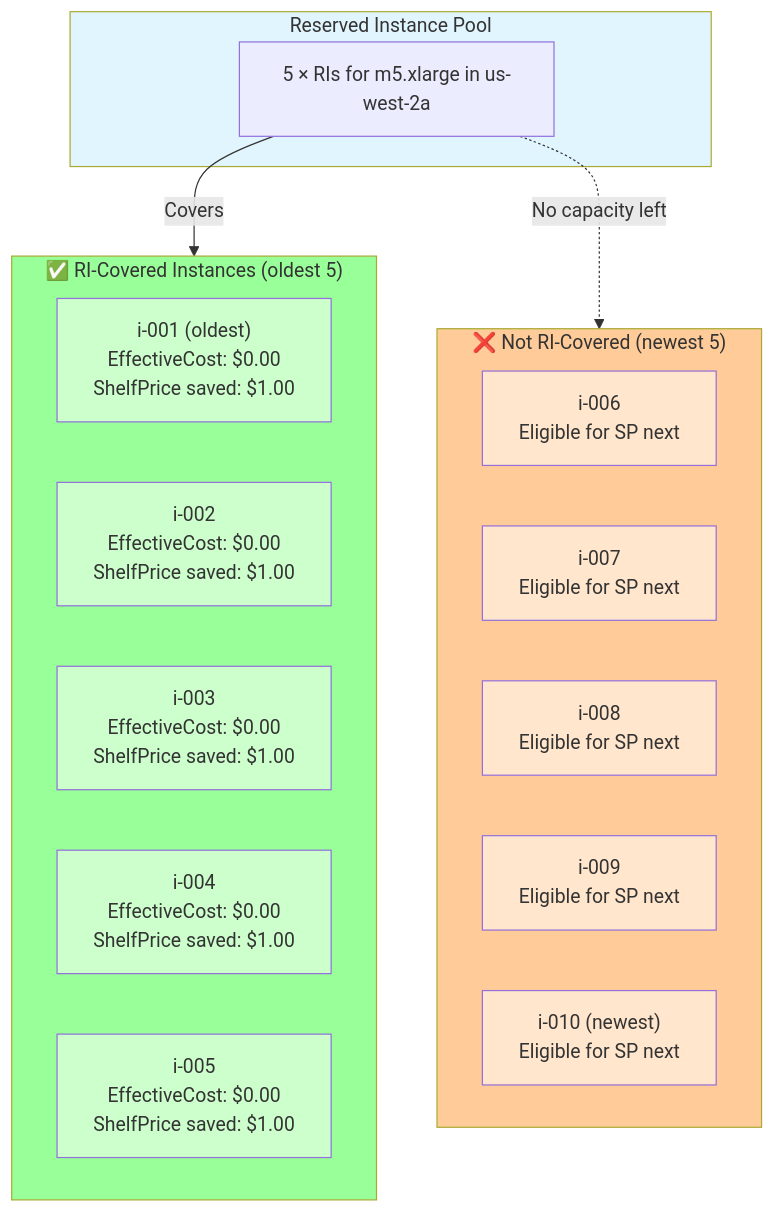
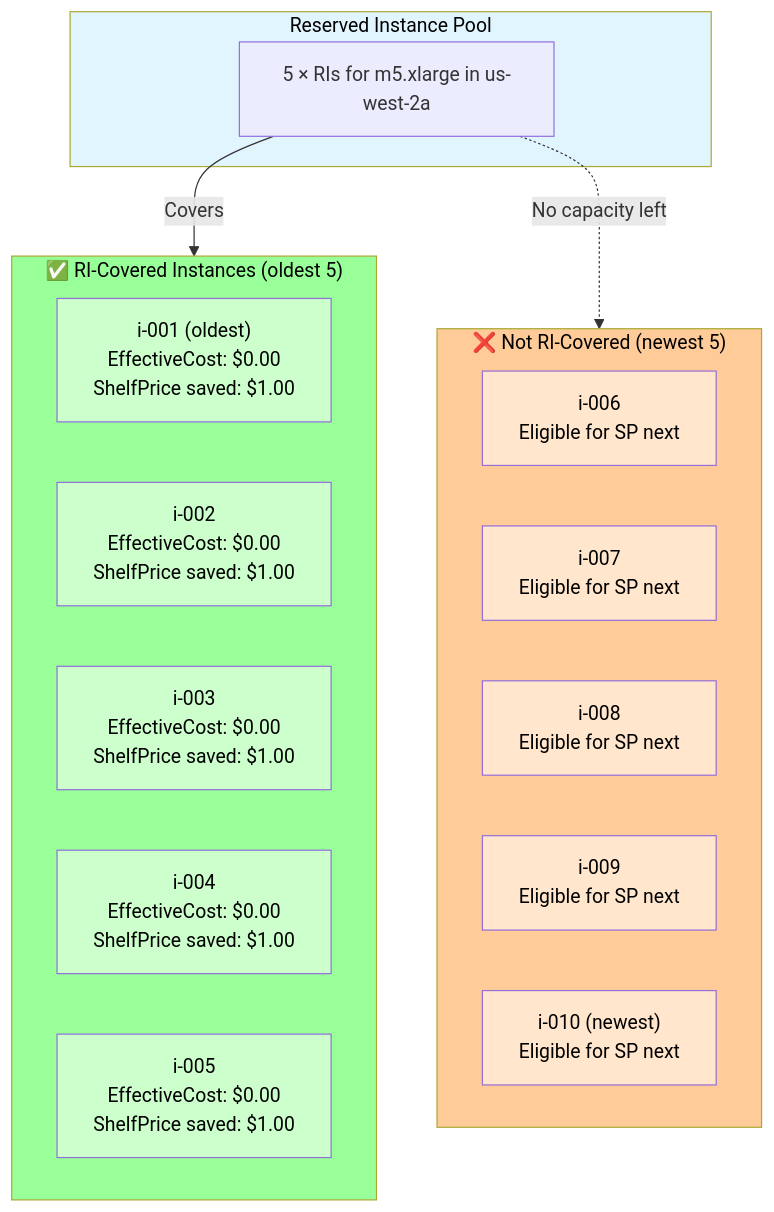
Before and after one commit to Nextdoor/lumina: the second of 8 diagrams in ALGORITHM.md, drawn with Mermaid. The commit also changed other lines of this file, not shown here.

First line of the commit message:
docs(algorithm): apply dark text to all light-colored diagram boxes

````diff
--- a/ALGORITHM.md
+++ b/ALGORITHM.md
@@ -104,39 +104,39 @@
 ```mermaid
 flowchart TD
     subgraph Pool["Reserved Instance Pool"]
         RI["5 × RIs for m5.xlarge in us-west-2a"]
     end
 
     subgraph Covered["✅ RI-Covered Instances (oldest 5)"]
         I1["i-001 (oldest)<br/>EffectiveCost: $0.00<br/>ShelfPrice saved: $1.00"]
         I2["i-002<br/>EffectiveCost: $0.00<br/>ShelfPrice saved: $1.00"]
         I3["i-003<br/>EffectiveCost: $0.00<br/>ShelfPrice saved: $1.00"]
         I4["i-004<br/>EffectiveCost: $0.00<br/>ShelfPrice saved: $1.00"]
         I5["i-005<br/>EffectiveCost: $0.00<br/>ShelfPrice saved: $1.00"]
     end
 
     subgraph NotCovered["❌ Not RI-Covered (newest 5)"]
         I6["i-006<br/>Eligible for SP next"]
         I7["i-007<br/>Eligible for SP next"]
         I8["i-008<br/>Eligible for SP next"]
         I9["i-009<br/>Eligible for SP next"]
         I10["i-010 (newest)<br/>Eligible for SP next"]
     end
 
     RI -->|Covers| Covered
     RI -.->|No capacity left| NotCovered
 
-    style Pool fill:#e1f5ff
-    style Covered fill:#99ff99
-    style NotCovered fill:#ffcc99
-    style I1 fill:#ccffcc
-    style I2 fill:#ccffcc
-    style I3 fill:#ccffcc
-    style I4 fill:#ccffcc
-    style I5 fill:#ccffcc
-    style I6 fill:#ffe6cc
-    style I7 fill:#ffe6cc
-    style I8 fill:#ffe6cc
-    style I9 fill:#ffe6cc
-    style I10 fill:#ffe6cc
+    style Pool fill:#e1f5ff,color:#000
+    style Covered fill:#99ff99,color:#000
+    style NotCovered fill:#ffcc99,color:#000
+    style I1 fill:#ccffcc,color:#000
+    style I2 fill:#ccffcc,color:#000
+    style I3 fill:#ccffcc,color:#000
+    style I4 fill:#ccffcc,color:#000
+    style I5 fill:#ccffcc,color:#000
+    style I6 fill:#ffe6cc,color:#000
+    style I7 fill:#ffe6cc,color:#000
+    style I8 fill:#ffe6cc,color:#000
+    style I9 fill:#ffe6cc,color:#000
+    style I10 fill:#ffe6cc,color:#000
 ```
````
